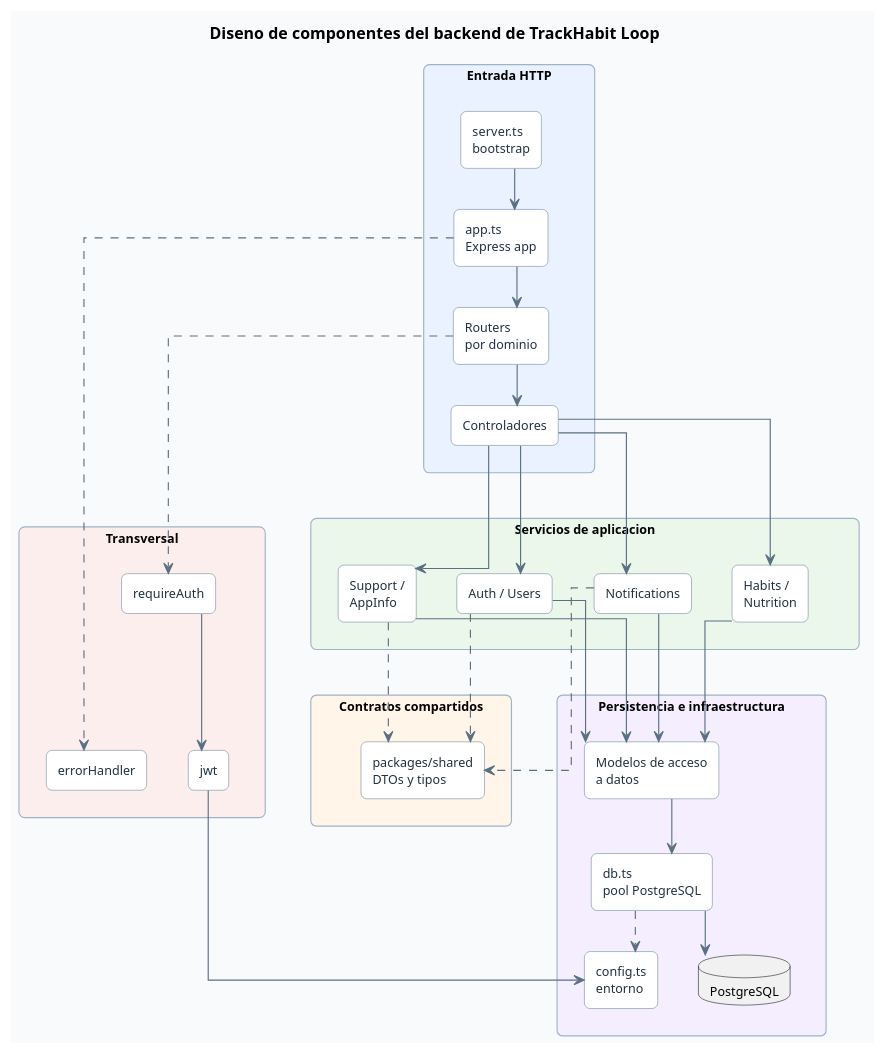
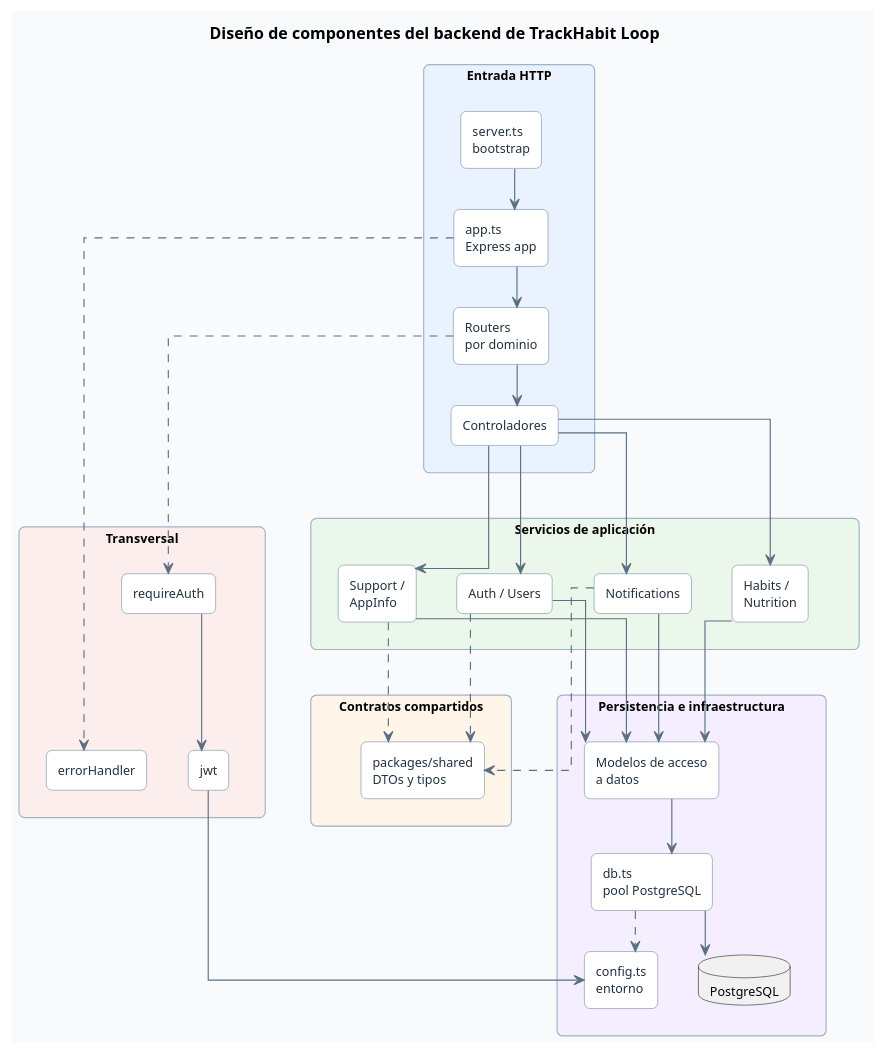
The diagram in docs/diagrams/cap4/10_design_backend_components_trackhabit_loop_layered.puml (TPerez13/TFG), drawn with PlantUML before and after one commit. The commit also changed 95 other files, not shown here.

```diff
--- a/docs/diagrams/cap4/10_design_backend_components_trackhabit_loop_layered.puml
+++ b/docs/diagrams/cap4/10_design_backend_components_trackhabit_loop_layered.puml
@@ -1,106 +1,106 @@
 @startuml
 hide circle
 hide methods
 hide stereotypes
 
 skinparam backgroundColor #F8FAFC
 skinparam shadowing false
 skinparam roundcorner 10
 skinparam defaultFontName Segoe UI
 skinparam defaultFontSize 11
 skinparam ArrowColor #5B7083
 skinparam ArrowThickness 1
 skinparam packageStyle rectangle
 skinparam packageBorderColor #9FB3C8
 skinparam componentStyle rectangle
 skinparam componentBackgroundColor #FFFFFF
 skinparam componentBorderColor #6E879D
 skinparam componentFontColor #22313F
 skinparam linetype ortho
 skinparam nodesep 36
 skinparam ranksep 36
 
-title Diseno de componentes del backend de TrackHabit Loop
+title Diseño de componentes del backend de TrackHabit Loop
 
 top to bottom direction
 
 package "Entrada HTTP" as be_http #EAF2FF {
   component "server.ts\nbootstrap" as be_server
   component "app.ts\nExpress app" as be_app
   component "Routers\npor dominio" as be_routes
   component "Controladores" as be_ctrl
 
   be_server -[hidden]right-> be_app
   be_app -[hidden]right-> be_routes
   be_routes -[hidden]right-> be_ctrl
 }
 
-package "Servicios de aplicacion" as be_services #EAF7EA {
+package "Servicios de aplicación" as be_services #EAF7EA {
   component "Auth / Users" as be_s_account
   component "Habits /\nNutrition" as be_s_tracking
   component "Notifications" as be_s_notifications
   component "Support /\nAppInfo" as be_s_support
 
   be_s_account -[hidden]right-> be_s_tracking
   be_s_tracking -[hidden]right-> be_s_notifications
   be_s_notifications -[hidden]right-> be_s_support
 }
 
 package "Transversal" as be_cross #FDEEEE {
   component "requireAuth" as be_auth
   component "errorHandler" as be_errors
   component "jwt" as be_jwt
 
   be_auth -[hidden]right-> be_errors
   be_errors -[hidden]right-> be_jwt
 }
 
 package "Persistencia e infraestructura" as be_infra #F4EEFF {
   component "Modelos de acceso\na datos" as be_models
   component "db.ts\npool PostgreSQL" as be_db
   component "config.ts\nentorno" as be_config
   database "PostgreSQL" as be_pg
 
   be_models -[hidden]right-> be_db
   be_db -[hidden]right-> be_config
   be_config -[hidden]right-> be_pg
 }
 
 package "Contratos compartidos" as be_shared_box #FFF5E8 {
   component "packages/shared\nDTOs y tipos" as be_shared
 }
 
 be_server --> be_app
 be_app --> be_routes
 be_routes --> be_ctrl
 be_routes ..> be_auth
 be_app ..> be_errors
 
 be_ctrl --> be_s_account
 be_ctrl --> be_s_tracking
 be_ctrl --> be_s_notifications
 be_ctrl --> be_s_support
 
 be_auth --> be_jwt
 be_jwt --> be_config
 
 be_s_account --> be_models
 be_s_tracking --> be_models
 be_s_notifications --> be_models
 be_s_support --> be_models
 
 be_s_account ..> be_shared
 be_s_notifications ..> be_shared
 be_s_support ..> be_shared
 
 be_models --> be_db
 be_db --> be_pg
 be_db ..> be_config
 
 be_http -[hidden]down-> be_services
 be_services -[hidden]down-> be_infra
 be_cross -[hidden]down-> be_shared_box
 be_services -[hidden]right-> be_cross
 be_infra -[hidden]right-> be_shared_box
 
 @enduml
```
